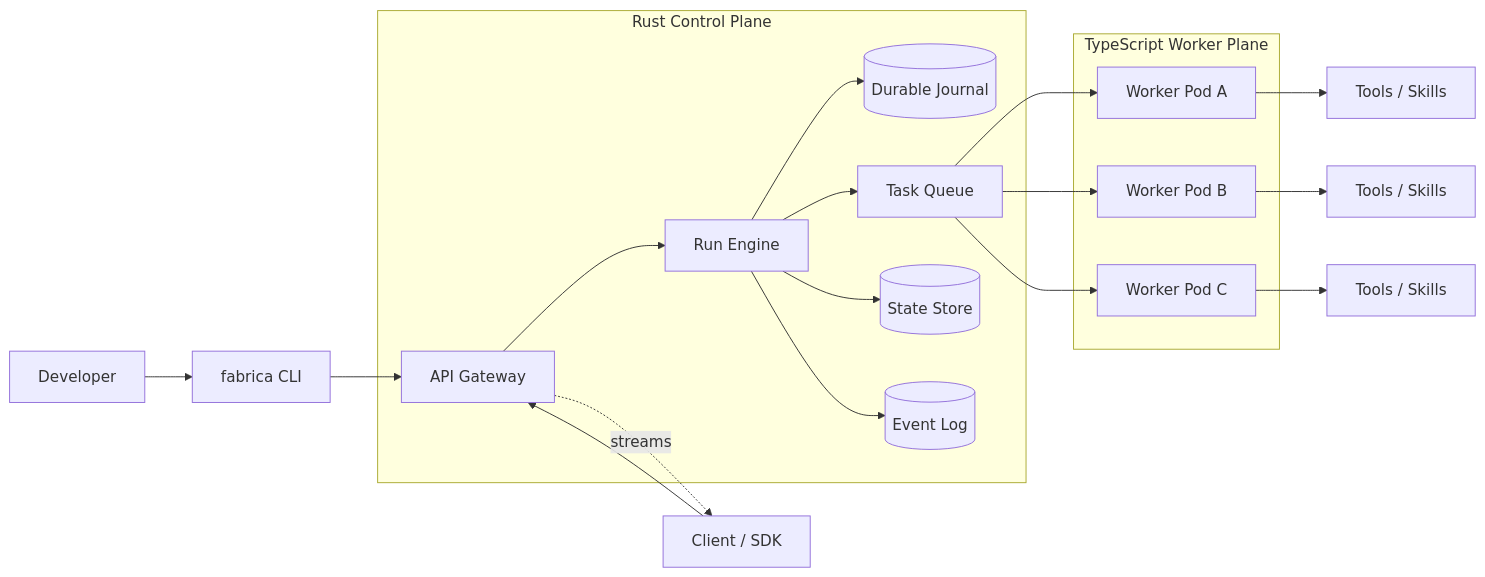
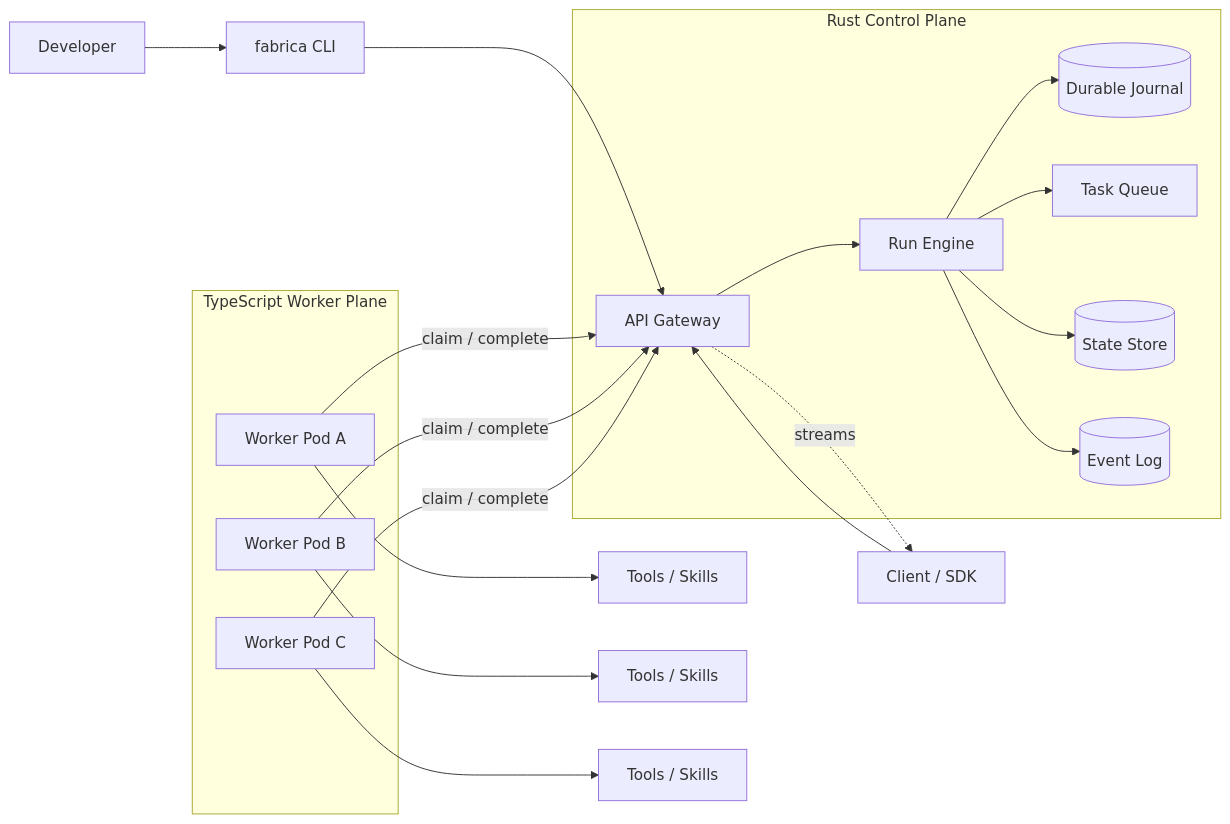
Before and after one commit to use-fabrica/fabrica: the diagram in ARCHITECTURE.md, drawn with Mermaid. The commit also changed other lines of this file, not shown here.

````diff
--- a/ARCHITECTURE.md
+++ b/ARCHITECTURE.md
@@ -377,37 +397,37 @@
 ```mermaid
 flowchart LR
   Dev[Developer] --> CLI[fabrica CLI]
   App[Client / SDK] --> API
 
   subgraph ControlPlane[Rust Control Plane]
     API[API Gateway]
     Engine[Run Engine]
     Journal[(Durable Journal)]
     Queue[Task Queue]
     State[(State Store)]
     Events[(Event Log)]
   end
 
   subgraph WorkerPlane[TypeScript Worker Plane]
     WorkerA[Worker Pod A]
     WorkerB[Worker Pod B]
     WorkerC[Worker Pod C]
   end
 
   CLI --> API
   API --> Engine
   Engine --> Journal
   Engine --> Queue
   Engine --> State
   Engine --> Events
 
-  Queue --> WorkerA
-  Queue --> WorkerB
-  Queue --> WorkerC
+  WorkerA -->|claim / complete| API
+  WorkerB -->|claim / complete| API
+  WorkerC -->|claim / complete| API
 
   API -.->|streams| App
 
   WorkerA --> ToolsA[Tools / Skills]
   WorkerB --> ToolsB[Tools / Skills]
   WorkerC --> ToolsC[Tools / Skills]
 ```
````
